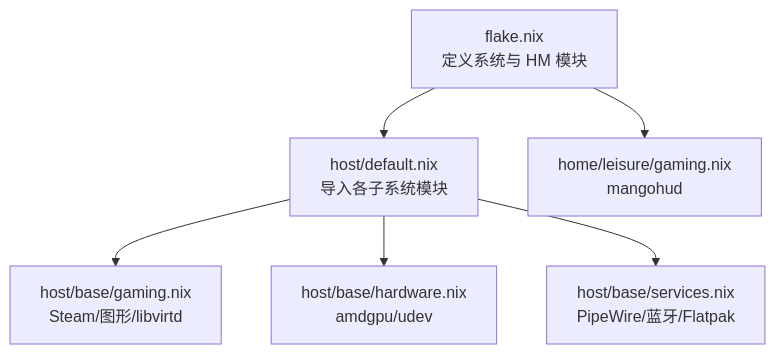
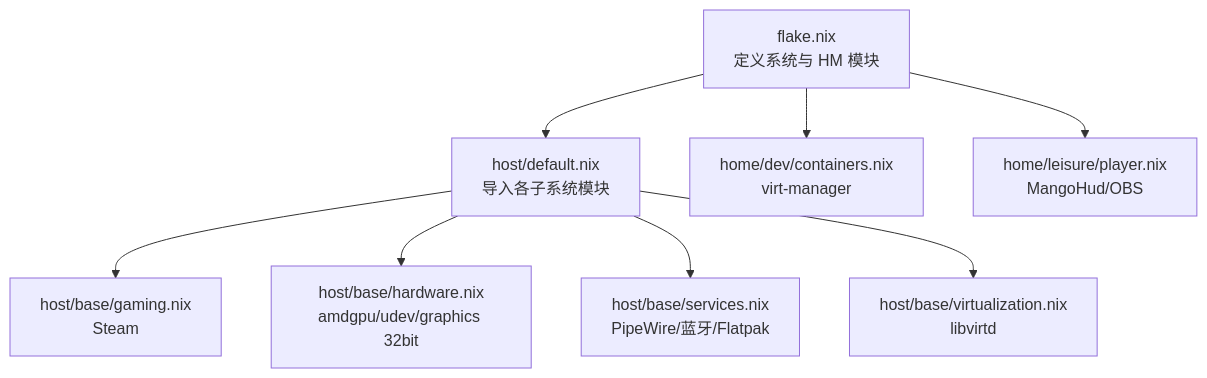
The diagram in wiki/leisure/gaming.md (Shangshui0302/myNixOSConfig), drawn with Mermaid before and after one commit. The commit also changed other lines of this file and 19 other files, not shown here.

````diff
--- a/wiki/leisure/gaming.md
+++ b/wiki/leisure/gaming.md
@@ -14,8 +14,10 @@
 ```mermaid
 graph TB
 A["flake.nix<br/>定义系统与 HM 模块"] --> B["host/default.nix<br/>导入各子系统模块"]
-B --> C["host/base/gaming.nix<br/>Steam/图形/libvirtd"]
-B --> D["host/base/hardware.nix<br/>amdgpu/udev"]
+B --> C["host/base/gaming.nix<br/>Steam"]
+B --> D["host/base/hardware.nix<br/>amdgpu/udev/graphics 32bit"]
 B --> E["host/base/services.nix<br/>PipeWire/蓝牙/Flatpak"]
-A --> F["home/leisure/gaming.nix<br/>mangohud"]
+B --> V["host/base/virtualization.nix<br/>libvirtd"]
+A --> F["home/dev/containers.nix<br/>virt-manager"]
+A --> G["home/leisure/player.nix<br/>MangoHud/OBS"]
 ```
````
